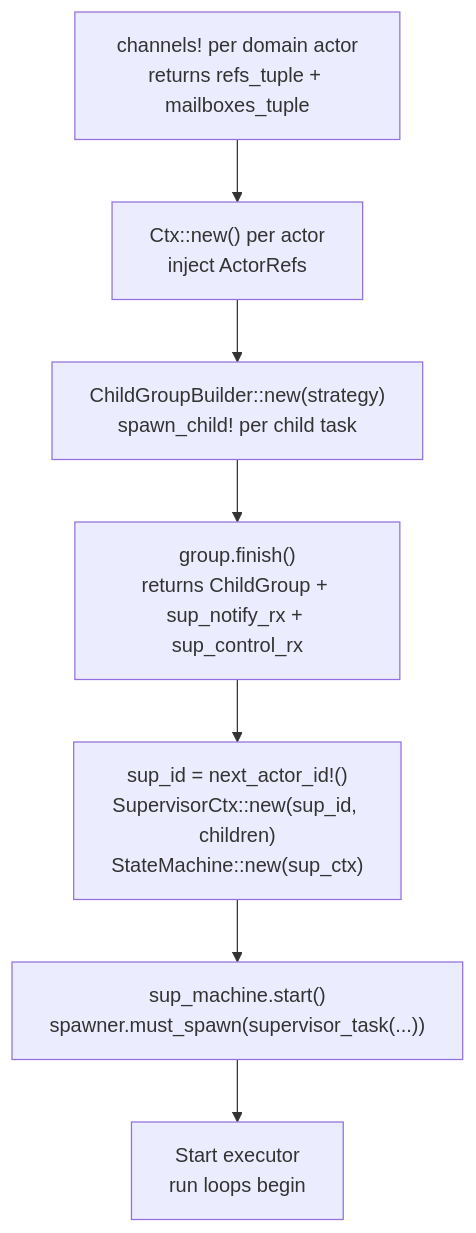
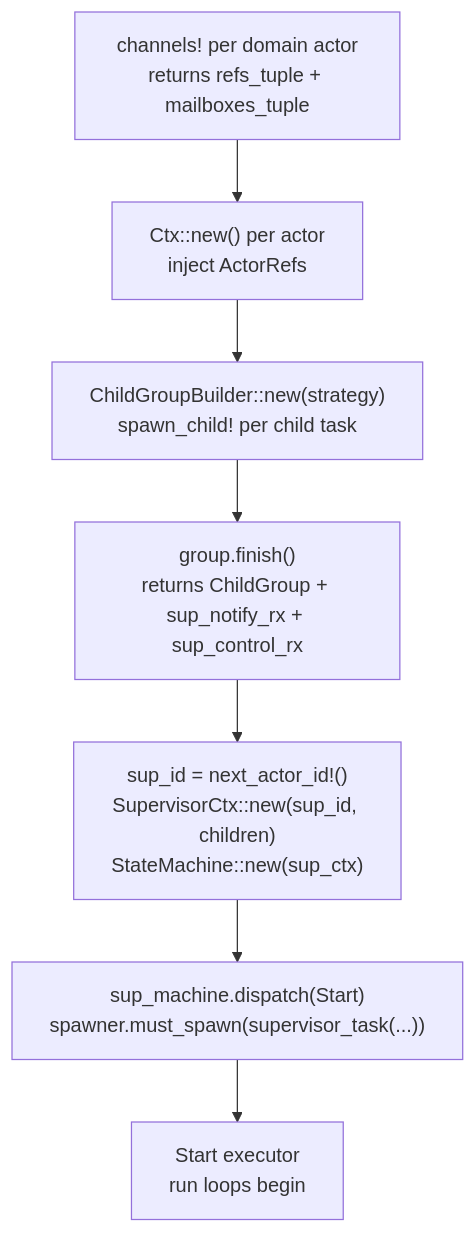
One commit to bloxide-com/bloxide changed the first of 2 diagrams in spec/architecture/04-static-wiring.md. Above: the diagram before and after it, drawn with Mermaid. The commit also changed other lines of this file and 123 other files, not shown here.

Commit message:
docs: update architecture docs, add blox.toml configs, and generated code scaffolding

````diff
--- a/spec/architecture/04-static-wiring.md
+++ b/spec/architecture/04-static-wiring.md
@@ -7,10 +7,10 @@
 ```mermaid
 flowchart TD
     A["channels! per domain actor\nreturns refs_tuple + mailboxes_tuple"] --> B
     B["Ctx::new() per actor\ninject ActorRefs"] --> C
     C["ChildGroupBuilder::new(strategy)\nspawn_child! per child task"] --> D
     D["group.finish()\nreturns ChildGroup + sup_notify_rx + sup_control_rx"] --> E
     E["sup_id = next_actor_id!()\nSupervisorCtx::new(sup_id, children)\nStateMachine::new(sup_ctx)"] --> F
-    F["sup_machine.start()\nspawner.must_spawn(supervisor_task(...))"] --> G
+    F["sup_machine.dispatch(Start)\nspawner.must_spawn(supervisor_task(...))"] --> G
     G["Start executor\nrun loops begin"]
 ```
````
